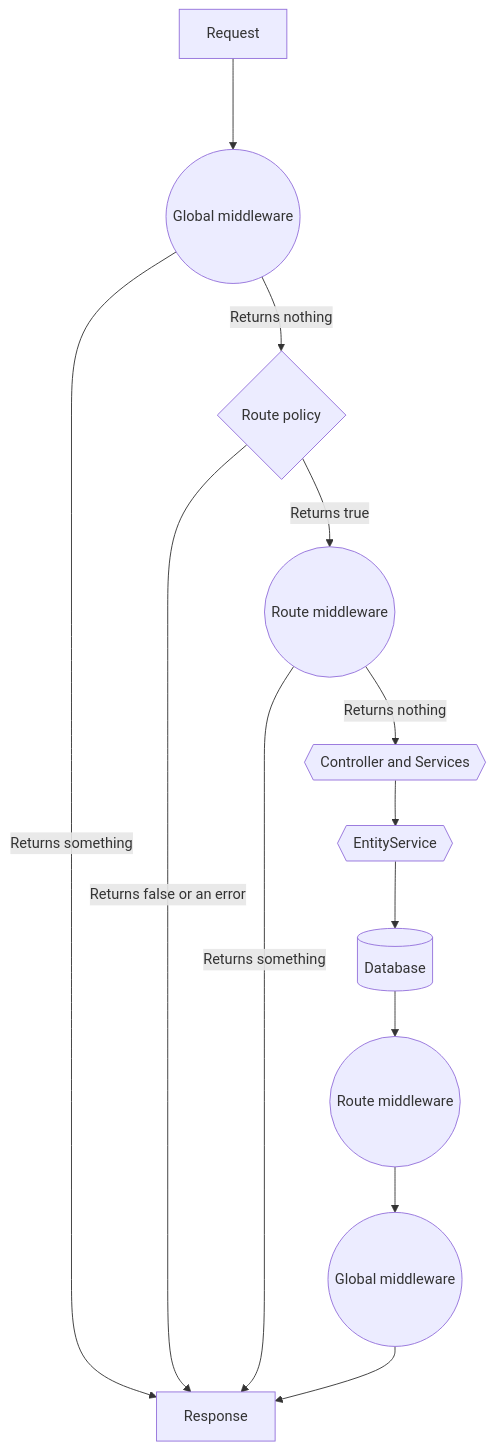
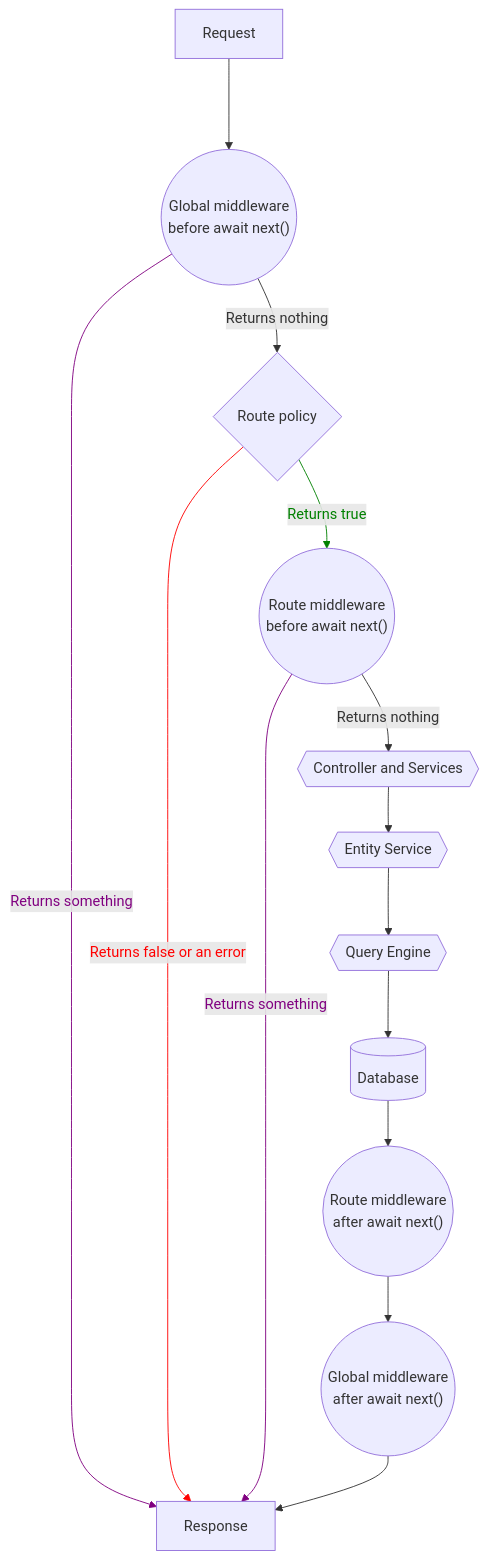
The diagram in docusaurus/docs/dev-docs/backend-customization.md (strapi/documentation), drawn with Mermaid before and after one commit. The commit also changed other lines of this file, not shown here.

Commit message:
Finalize the graph and rewrite text accordingly

````diff
--- a/docusaurus/docs/dev-docs/backend-customization.md
+++ b/docusaurus/docs/dev-docs/backend-customization.md
@@ -35,15 +40,31 @@
 ```mermaid
-graph
-    requestFromUser[Request] ---> globalMiddlewareA((Global middleware))
+graph TB
+    request[Request] ---> globalMiddlewareA(("Global middleware<br/>before await next()"))
     globalMiddlewareA --Returns nothing--> routePolicy{Route policy}
-    globalMiddlewareA --Returns something-->reponse
-    routePolicy --Returns true--> routeMiddlewareA((Route middleware))
-    routePolicy --Returns false or an error-->reponse
-    routeMiddlewareA --Returns something-->reponse
+    globalMiddlewareA --Returns something-->response
+    routePolicy --Returns true--> routeMiddlewareA(("Route middleware<br/>before await next()"))
+    routePolicy --Returns false or an error-->response
+    routeMiddlewareA --Returns something-->response
     routeMiddlewareA --Returns nothing--> controllerServices{{Controller and Services}}
-    controllerServices --> entityService{{EntityService}}
-    entityService --> database[(Database)]
-    database --> routeMiddlewareB((Route middleware))
-    routeMiddlewareB --> globalMiddlewareB((Global middleware))
-    globalMiddlewareB --> reponse[Response]
+    controllerServices --> entityService{{Entity Service}}
+    entityService --> queryEngine{{Query Engine}}
+    queryEngine --> database[(Database)]
+    database --> routeMiddlewareB(("Route middleware<br/>after await next()"))
+    routeMiddlewareB --> globalMiddlewareB(("Global middleware<br/>after await next()"))
+    globalMiddlewareB --> response[Response]
+    linkStyle 3 stroke:green,color:green
+    linkStyle 4 stroke:red,color:red
+    linkStyle 2 stroke:purple,color:purple
+    linkStyle 5 stroke:purple,color:purple
+    click globalMiddlewareA "/dev-docs/backend-customization/middlewares"
+    click globalMiddlewareB "/dev-docs/backend-customization/middlewares"
+    click request "/dev-docs/backend-customization/requests-responses"
+    click routePolicy "/dev-docs/backend-customization/routes"
+    click routeMiddlewareA "/dev-docs/backend-customization/routes#middlewares"
+    click routeMiddlewareB "/dev-docs/backend-customization/routes#middlewares"
+    click controllerServices "/dev-docs/backend-customization/controllers"
+    click globalMiddlewareB "/dev-docs/backend-customization/middlewares"
+    click entityService "/dev-docs/api/entity-service/"
+    click queryEngine "/dev-docs/api/query-engine/"
+    click response "/dev-docs/backend-customization/requests-responses"
 ```
````
